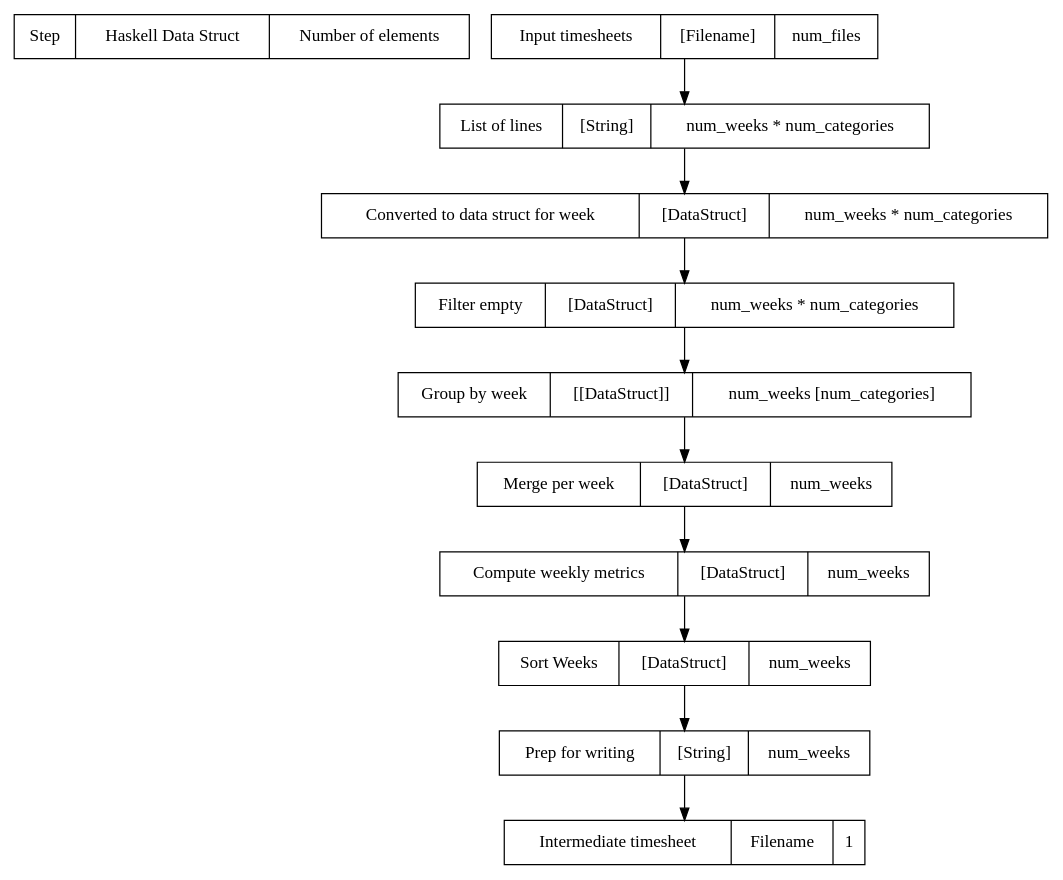
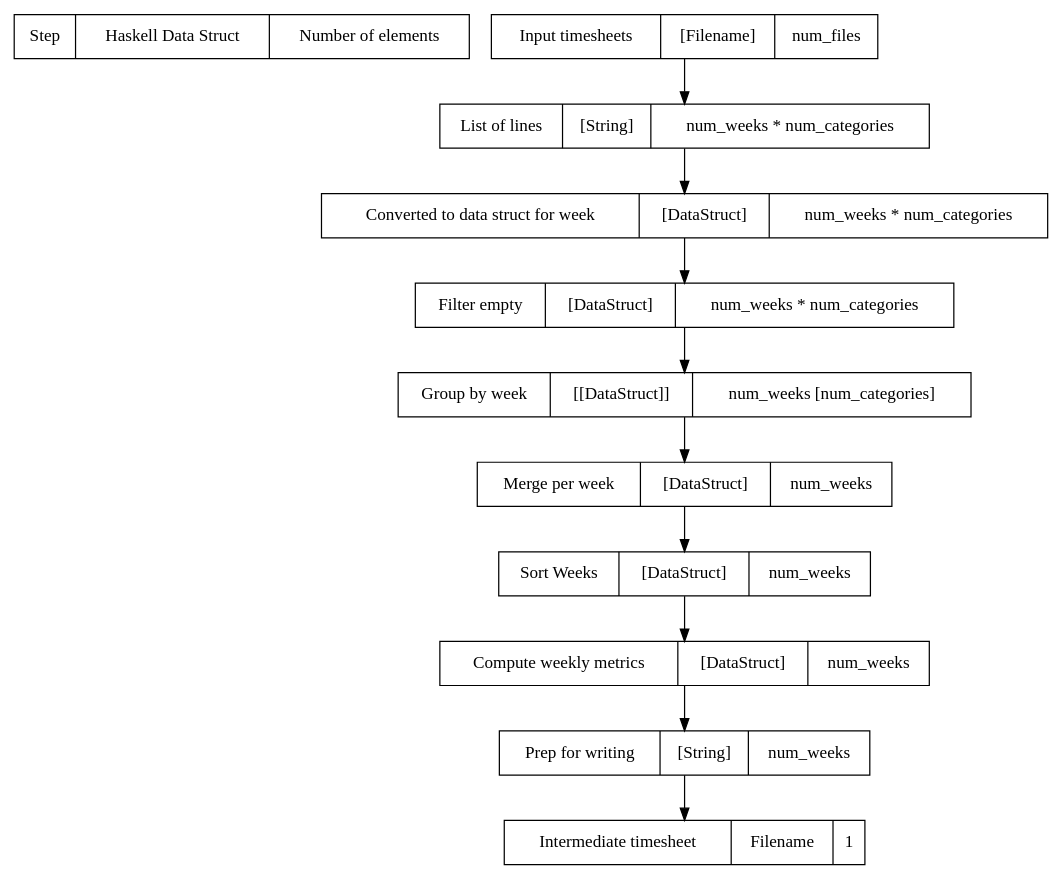
One commit to matcatc/Timesheet-Analyzer changed the diagram in README.asciidoc. Above: the diagram before and after it, drawn with Graphviz.

Commit message:
Updating comp component dataflow to reflect design change

```diff
--- a/README.asciidoc
+++ b/README.asciidoc
@@ -237,26 +237,26 @@
 [graphviz]
 ----
 digraph G
 { 
     rankdir=TB;
     node [shape=record]
 
     legend [label="Step|Haskell Data Struct|Number of elements"]
 
     // Defining the nodes (and their attributes)
     input_timesheets [label="Input timesheets|[Filename]|num_files"]
     list_of_lines [label="List of lines|[String]|num_weeks * num_categories"]
     converted_data_struct_per_week [label="Converted to data struct for week|[DataStruct]|num_weeks * num_categories"]
     filter_empty [label="Filter empty|[DataStruct]|num_weeks * num_categories"]
     group_by_week [label="Group by week|[[DataStruct]]|num_weeks [num_categories]"]
     merge_per_week [label="Merge per week|[DataStruct]|num_weeks"]
+    sort_weeks [label="Sort Weeks|[DataStruct]|num_weeks"]
     compute_weekly_metrics [label="Compute weekly metrics|[DataStruct]|num_weeks"]
-    sort_weeks [label="Sort Weeks|[DataStruct]|num_weeks"]
     prep_for_writing [label="Prep for writing|[String]|num_weeks"]
     intermediate_timesheet [label="Intermediate timesheet|Filename|1"]
 
     
     // Defining the edges / relationships between nodes
-    input_timesheets -> list_of_lines -> converted_data_struct_per_week -> filter_empty -> group_by_week -> merge_per_week -> compute_weekly_metrics -> sort_weeks -> prep_for_writing -> intermediate_timesheet
+    input_timesheets -> list_of_lines -> converted_data_struct_per_week -> filter_empty -> group_by_week -> merge_per_week -> sort_weeks -> compute_weekly_metrics -> prep_for_writing -> intermediate_timesheet
 }
 ----
```
